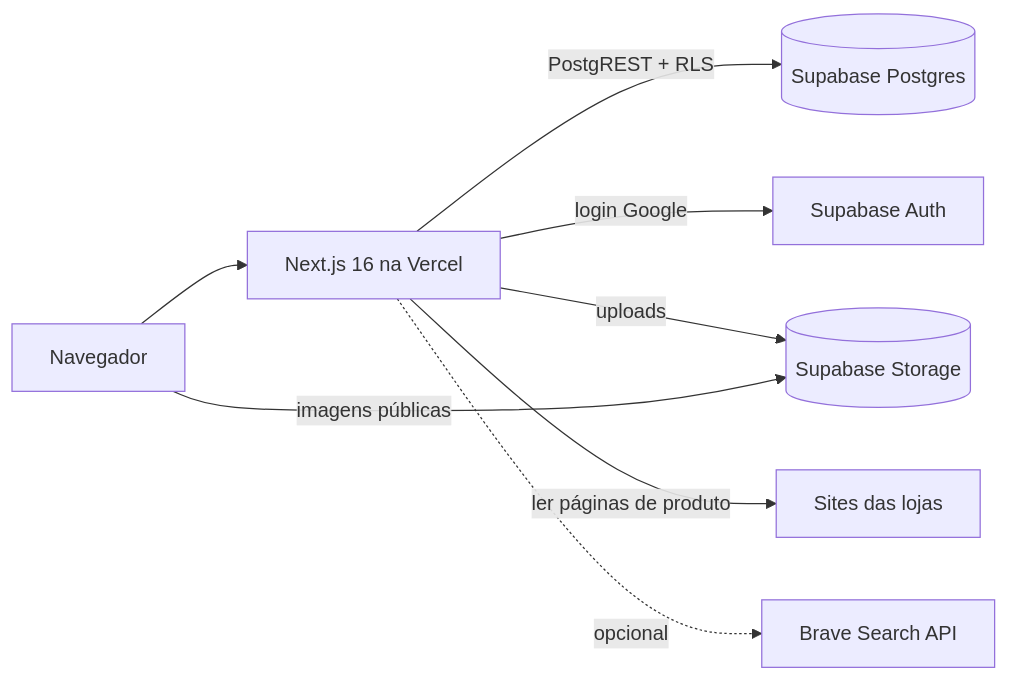
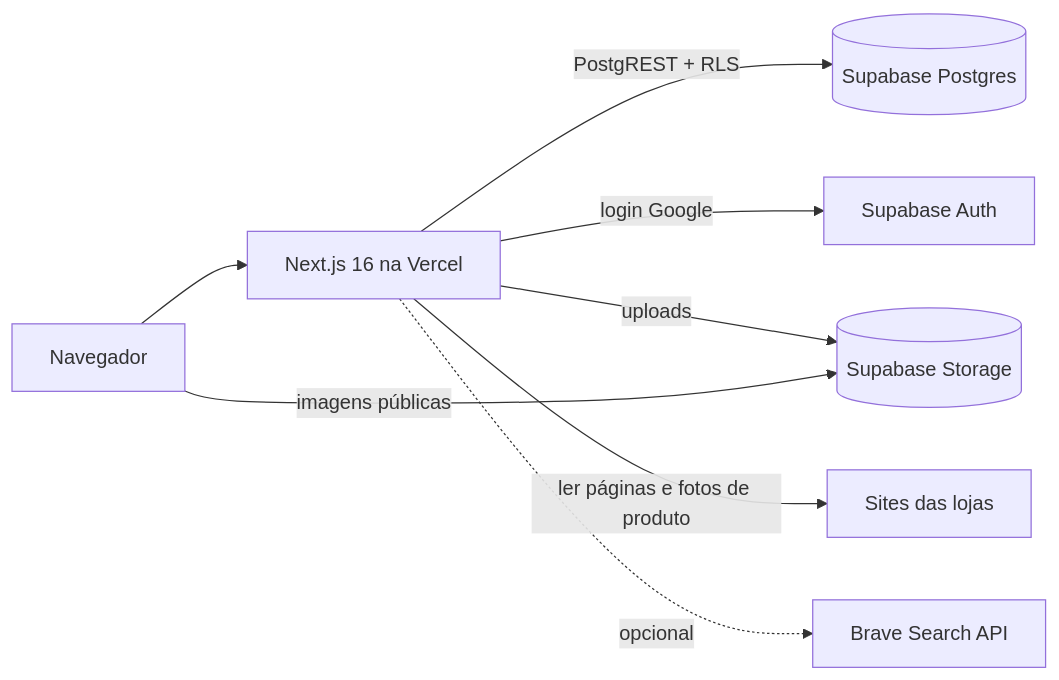
One commit to estevaons/myvitri changed the diagram in README.md. Above: the diagram before and after it, drawn with Mermaid. The commit also changed 12 other files, not shown here.

````diff
--- a/README.md
+++ b/README.md
@@ -128,10 +128,10 @@
 ```mermaid
 graph LR
     U[Navegador] --> N["Next.js 16 na Vercel"]
     N -->|"PostgREST + RLS"| DB[(Supabase Postgres)]
     N -->|login Google| AU[Supabase Auth]
     N -->|uploads| ST[(Supabase Storage)]
-    N -->|ler páginas de produto| L[Sites das lojas]
+    N -->|ler páginas e fotos de produto| L[Sites das lojas]
     N -.->|opcional| BR[Brave Search API]
     U -->|imagens públicas| ST
 ```
````
